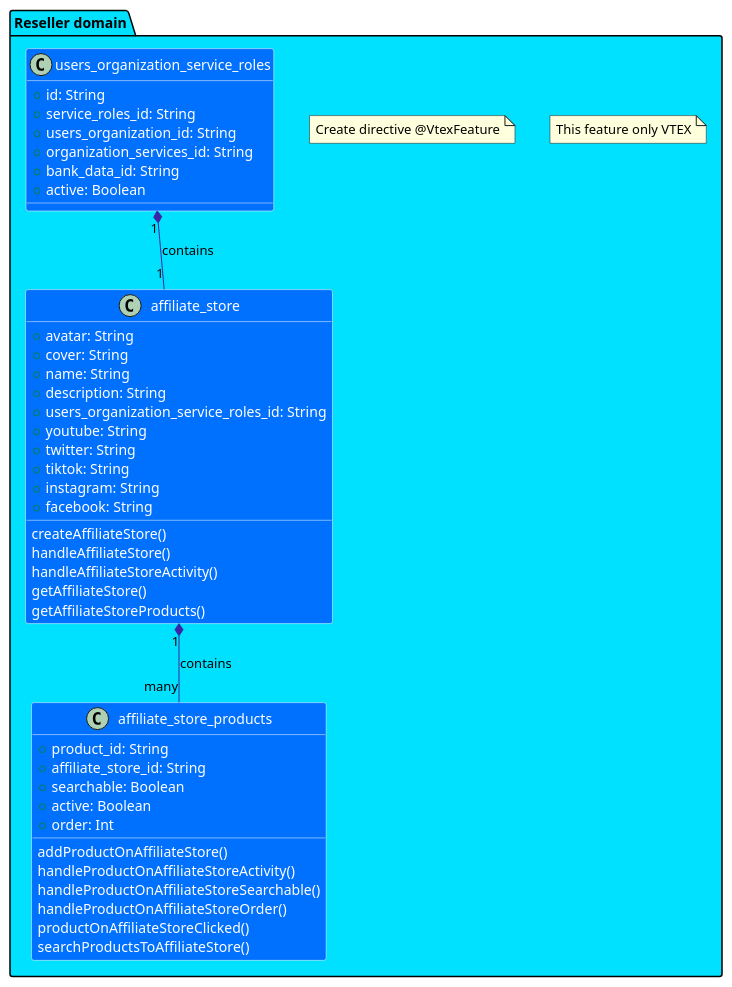
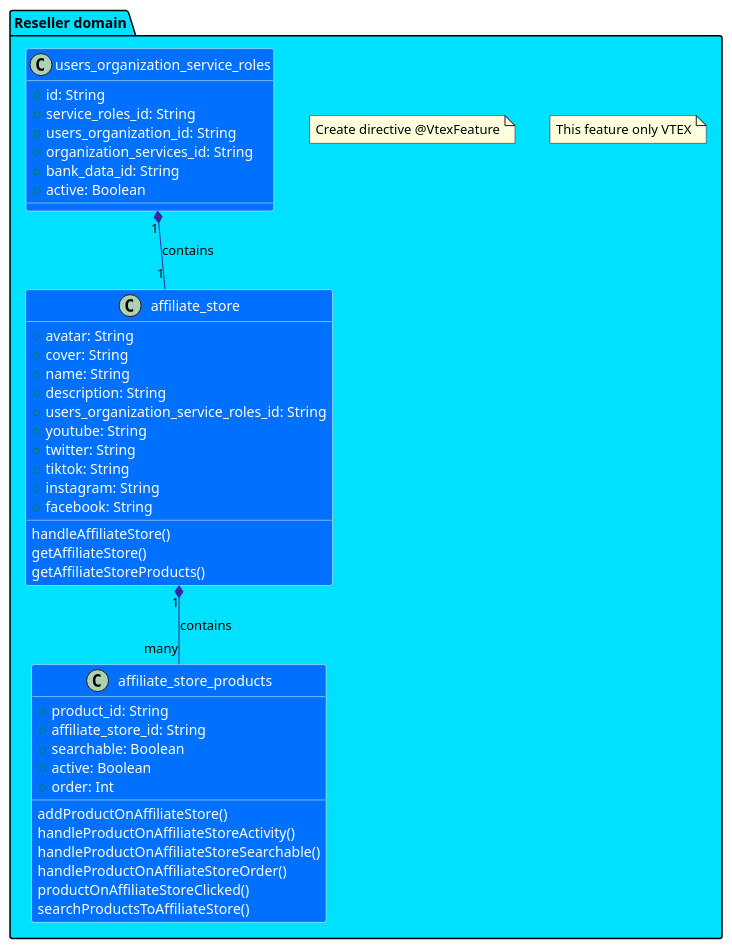
One commit to LucasTiberio/retailer-dev-api changed the diagram in affiliate-store-architecture.md. Above: the diagram before and after it, drawn with PlantUML.

Commit message:
fix: architecture fixed.

````diff
--- a/affiliate-store-architecture.md
+++ b/affiliate-store-architecture.md
@@ -7,68 +7,66 @@
 ```plantuml
 @startuml
 package "Reseller domain" #00E0FF {
 
     skinparam class {
         BackgroundColor #0070FF
         ArrowColor #3B24A8
         BorderColor White
         FontColor White
         AttributeFontColor White
         FontSize 16
         AttributeFontSize 14
         FontName Arial
     }
     skinparam stereotypeCBackgroundColor White
 
     note "This feature only VTEX" as N1
 
     note "Create directive @VtexFeature" as N2
 
     class users_organization_service_roles {
         + id: String
         + service_roles_id: String
         + users_organization_id: String
         + organization_services_id: String
         + bank_data_id: String
         + active: Boolean
     }
 
     class affiliate_store {
         + avatar: String
         + cover: String
         + name: String
         + description: String
         + users_organization_service_roles_id: String
         + youtube: String
         + twitter: String
         + tiktok: String
         + instagram: String
         + facebook: String
     }
-    affiliate_store : createAffiliateStore()
     affiliate_store : handleAffiliateStore()
-    affiliate_store : handleAffiliateStoreActivity()
     affiliate_store : getAffiliateStore()
 
     class affiliate_store_products {
         + product_id: String
         + affiliate_store_id: String
         + searchable: Boolean
         + active: Boolean
         + order: Int
     }
     affiliate_store_products : addProductOnAffiliateStore()
     affiliate_store_products : handleProductOnAffiliateStoreActivity()
     affiliate_store_products : handleProductOnAffiliateStoreSearchable()
     affiliate_store_products : handleProductOnAffiliateStoreOrder()
     affiliate_store_products : productOnAffiliateStoreClicked()
     affiliate_store_products : searchProductsToAffiliateStore()
     affiliate_store : getAffiliateStoreProducts()
 
     users_organization_service_roles "1" *-- "1" affiliate_store : contains
 
     affiliate_store "1" *-- "many" affiliate_store_products : contains
 
 }
 @enduml
 ```
````
